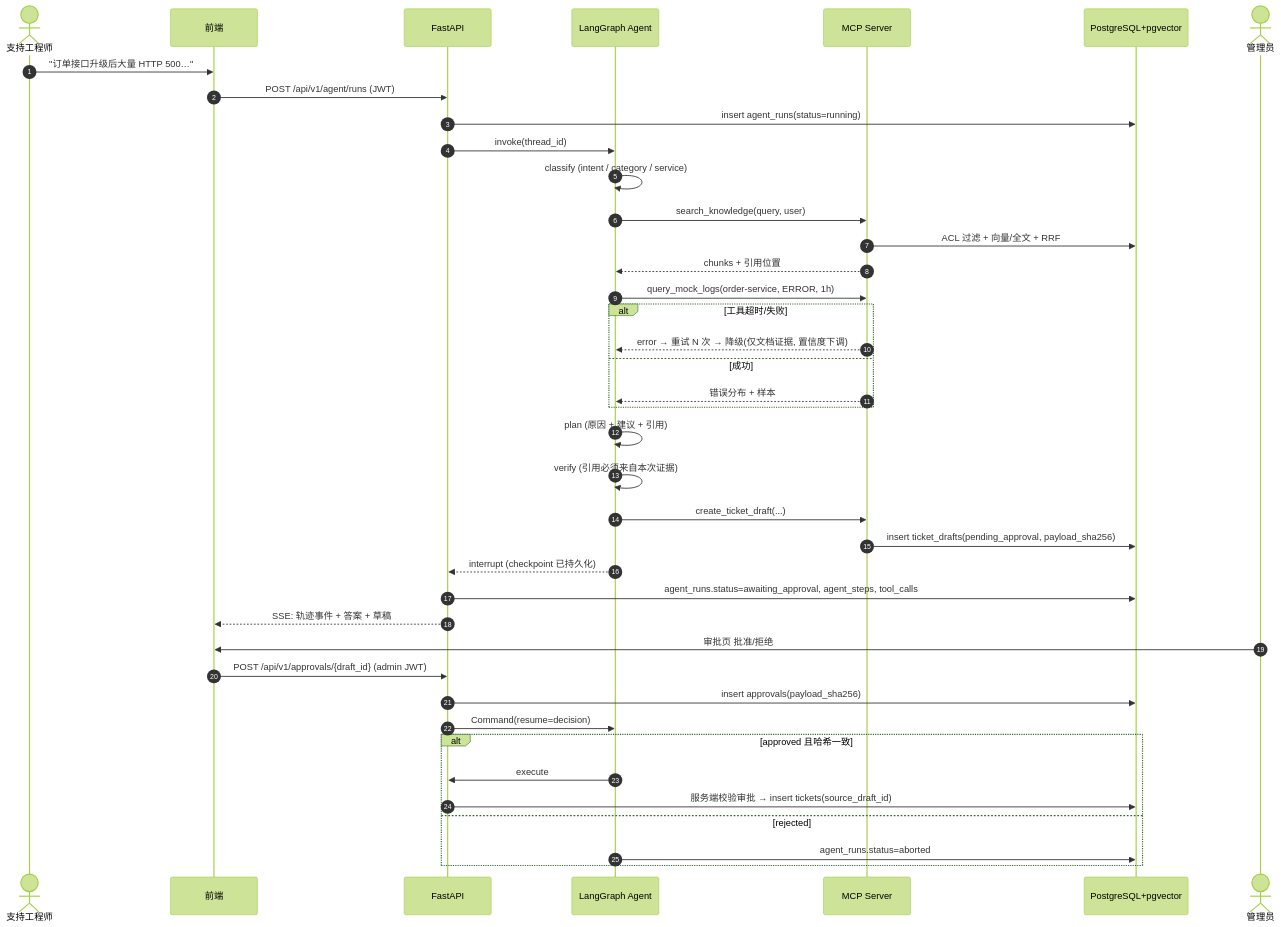
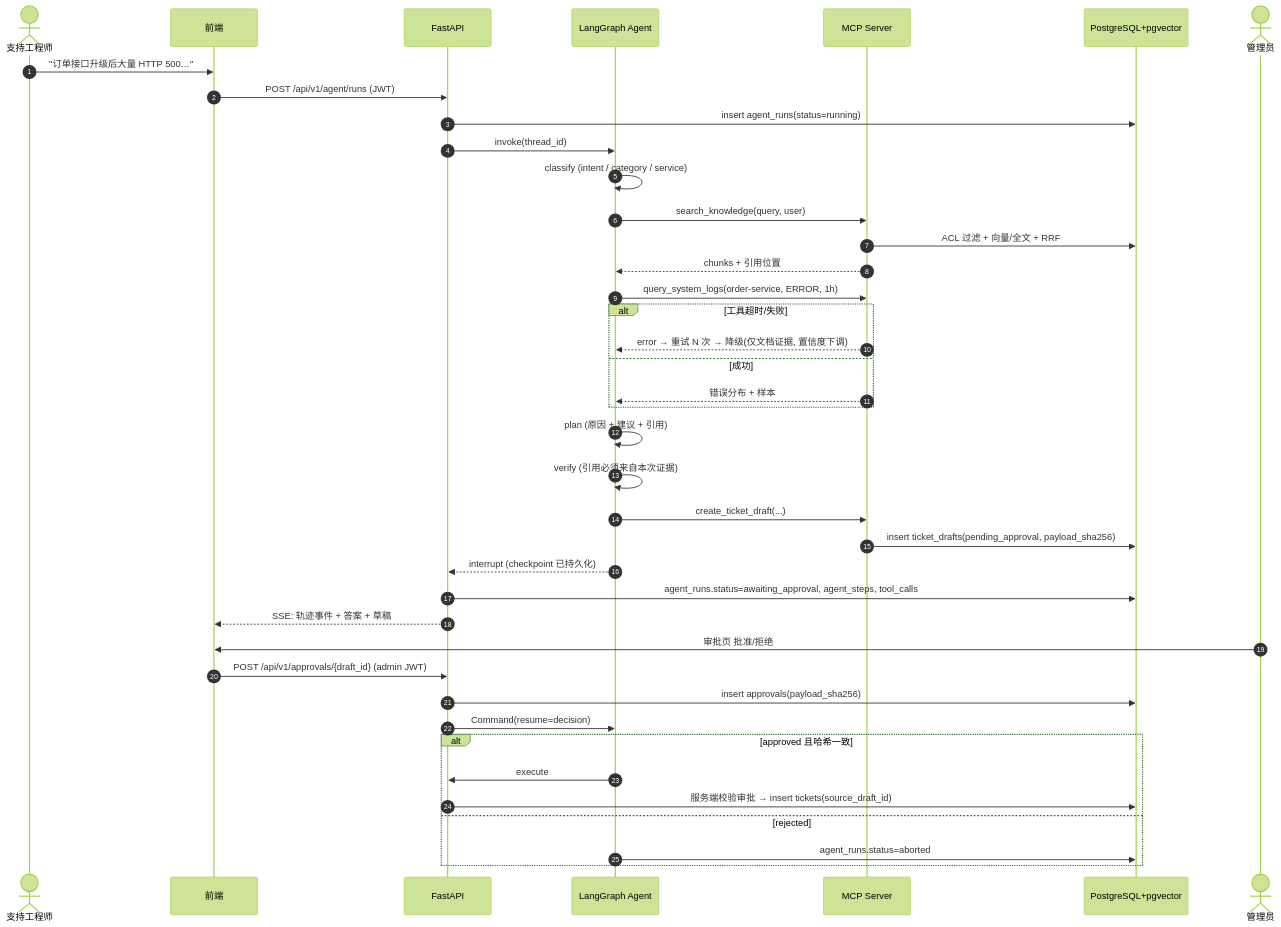
The second of 2 diagrams in docs/ARCHITECTURE.md (lizhiwei-stat/opspilot-ai), drawn with Mermaid (forest theme) before and after one commit. The commit also changed other lines of this file and 11 other files, not shown here.

Commit message:
docs(stage4): STAGE4_REPORT, ADR-004, MCP architecture + data-flow diagrams, Qwen budget plan (not run), README/PROGRESS/API/ARCHITECTURE

````diff
--- a/docs/ARCHITECTURE.md
+++ b/docs/ARCHITECTURE.md
@@ -56,43 +56,43 @@
 ```mermaid
 sequenceDiagram
   autonumber
   actor U as 支持工程师
   participant FE as 前端
   participant API as FastAPI
   participant G as LangGraph Agent
   participant MCP as MCP Server
   participant DB as PostgreSQL+pgvector
   actor A as 管理员
 
   U->>FE: "订单接口升级后大量 HTTP 500…"
   FE->>API: POST /api/v1/agent/runs (JWT)
   API->>DB: insert agent_runs(status=running)
   API->>G: invoke(thread_id)
   G->>G: classify (intent / category / service)
   G->>MCP: search_knowledge(query, user)  
   MCP->>DB: ACL 过滤 + 向量/全文 + RRF
   MCP-->>G: chunks + 引用位置
-  G->>MCP: query_mock_logs(order-service, ERROR, 1h)
+  G->>MCP: query_system_logs(order-service, ERROR, 1h)
   alt 工具超时/失败
     MCP-->>G: error → 重试 N 次 → 降级(仅文档证据, 置信度下调)
   else 成功
     MCP-->>G: 错误分布 + 样本
   end
   G->>G: plan (原因 + 建议 + 引用)
   G->>G: verify (引用必须来自本次证据)
   G->>MCP: create_ticket_draft(...)
   MCP->>DB: insert ticket_drafts(pending_approval, payload_sha256)
   G-->>API: interrupt (checkpoint 已持久化)
   API->>DB: agent_runs.status=awaiting_approval, agent_steps, tool_calls
   API-->>FE: SSE: 轨迹事件 + 答案 + 草稿
   A->>FE: 审批页 批准/拒绝
   FE->>API: POST /api/v1/approvals/{draft_id} (admin JWT)
   API->>DB: insert approvals(payload_sha256)
   API->>G: Command(resume=decision)
   alt approved 且哈希一致
     G->>API: execute
     API->>DB: 服务端校验审批 → insert tickets(source_draft_id)
   else rejected
     G->>DB: agent_runs.status=aborted
   end
 ```
````
